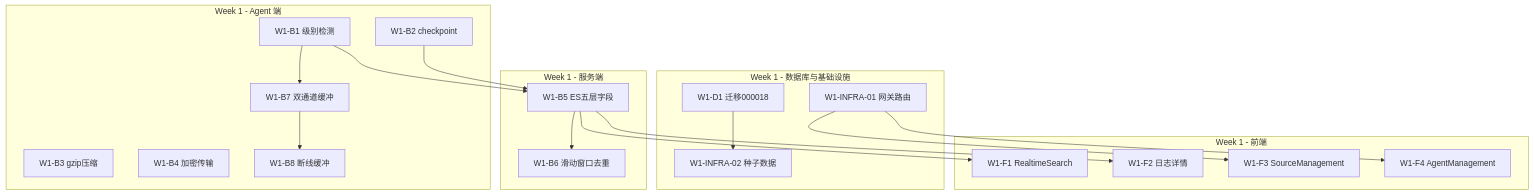
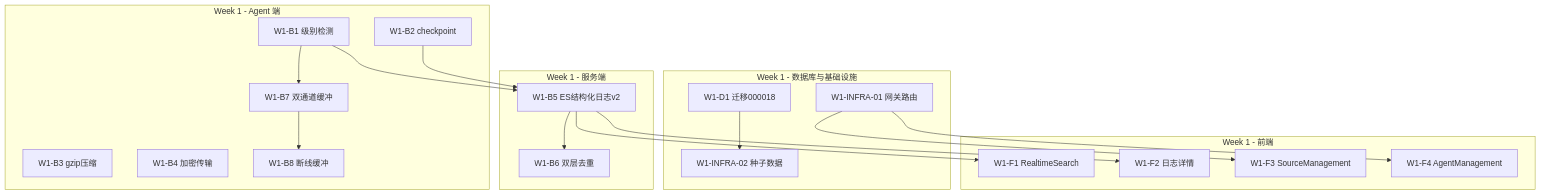
One commit to c1cadaBob/NexusLog changed the first of 5 diagrams in docs/NexusLog/process/25-full-lifecycle-task-registry.md. Above: the diagram before and after it, drawn with Mermaid. The commit also changed other lines of this file and 55 other files, not shown here.

````diff
--- a/docs/NexusLog/process/25-full-lifecycle-task-registry.md
+++ b/docs/NexusLog/process/25-full-lifecycle-task-registry.md
@@ -74,37 +74,37 @@
 ```mermaid
 graph TD
     subgraph w1_db [Week 1 - 数据库与基础设施]
         W1D1["W1-D1 迁移000018"]
         W1INFRA01["W1-INFRA-01 网关路由"]
         W1INFRA02["W1-INFRA-02 种子数据"]
         W1D1 --> W1INFRA02
     end
 
     subgraph w1_agent [Week 1 - Agent 端]
         W1B1["W1-B1 级别检测"]
         W1B2["W1-B2 checkpoint"]
         W1B3["W1-B3 gzip压缩"]
         W1B4["W1-B4 加密传输"]
         W1B1 --> W1B7["W1-B7 双通道缓冲"]
         W1B7 --> W1B8["W1-B8 断线缓冲"]
     end
 
     subgraph w1_server [Week 1 - 服务端]
-        W1B5["W1-B5 ES五层字段"]
-        W1B6["W1-B6 滑动窗口去重"]
+        W1B5["W1-B5 ES结构化日志v2"]
+        W1B6["W1-B6 双层去重"]
         W1B1 --> W1B5
         W1B2 --> W1B5
         W1B5 --> W1B6
     end
 
     subgraph w1_fe [Week 1 - 前端]
         W1F1["W1-F1 RealtimeSearch"]
         W1F2["W1-F2 日志详情"]
         W1F3["W1-F3 SourceManagement"]
         W1F4["W1-F4 AgentManagement"]
         W1B5 --> W1F1
         W1B5 --> W1F2
         W1INFRA01 --> W1F3
         W1INFRA01 --> W1F4
     end
 ```
````
